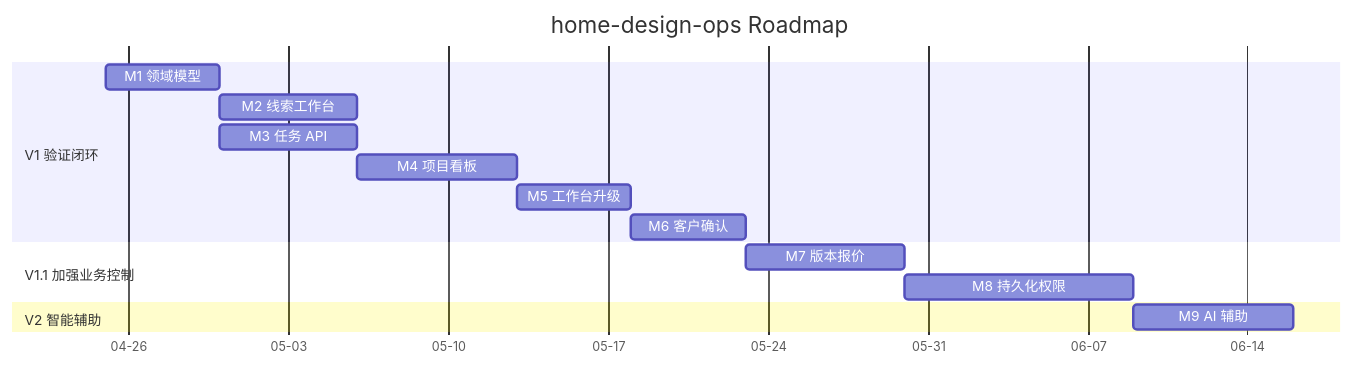
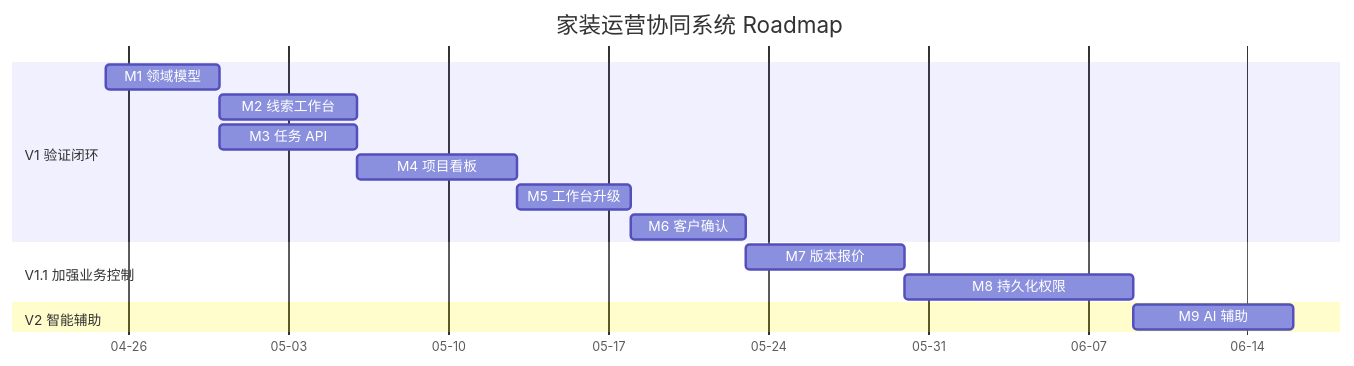
One commit to dkcn2006/home-design-ops changed the second of 2 diagrams in docs/roadmap.md. Above: the diagram before and after it, drawn with Mermaid. The commit also changed other lines of this file and 6 other files, not shown here.

````diff
--- a/docs/roadmap.md
+++ b/docs/roadmap.md
@@ -82,21 +82,21 @@
 ```mermaid
 gantt
-  title home-design-ops Roadmap
+  title 家装运营协同系统 Roadmap
   dateFormat  YYYY-MM-DD
   axisFormat  %m-%d
 
   section V1 验证闭环
   M1 领域模型 :m1, 2026-04-25, 5d
   M2 线索工作台 :m2, after m1, 6d
   M3 任务 API :m3, after m1, 6d
   M4 项目看板 :m4, after m3, 7d
   M5 工作台升级 :m5, after m4, 5d
   M6 客户确认 :m6, after m5, 5d
 
   section V1.1 加强业务控制
   M7 版本报价 :m7, after m6, 7d
   M8 持久化权限 :m8, after m7, 10d
 
   section V2 智能辅助
   M9 AI 辅助 :m9, after m8, 7d
 ```
````
